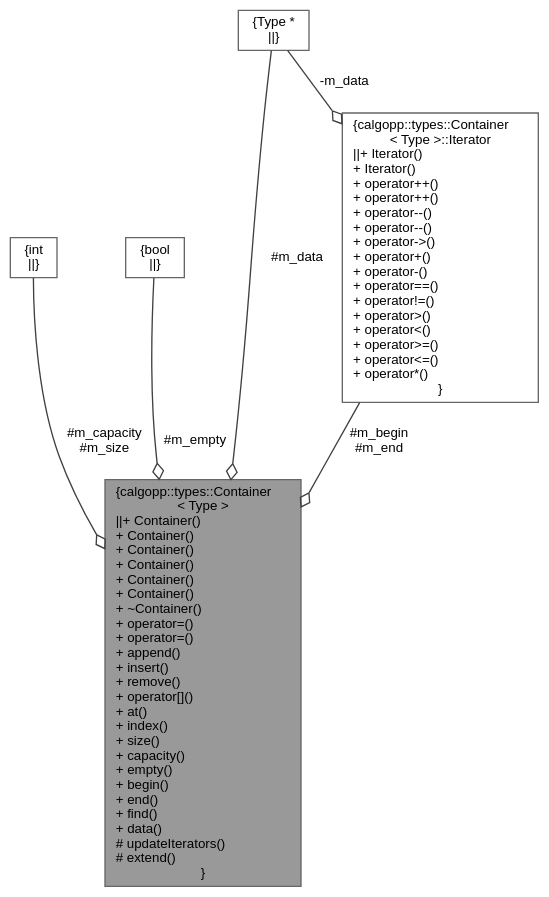
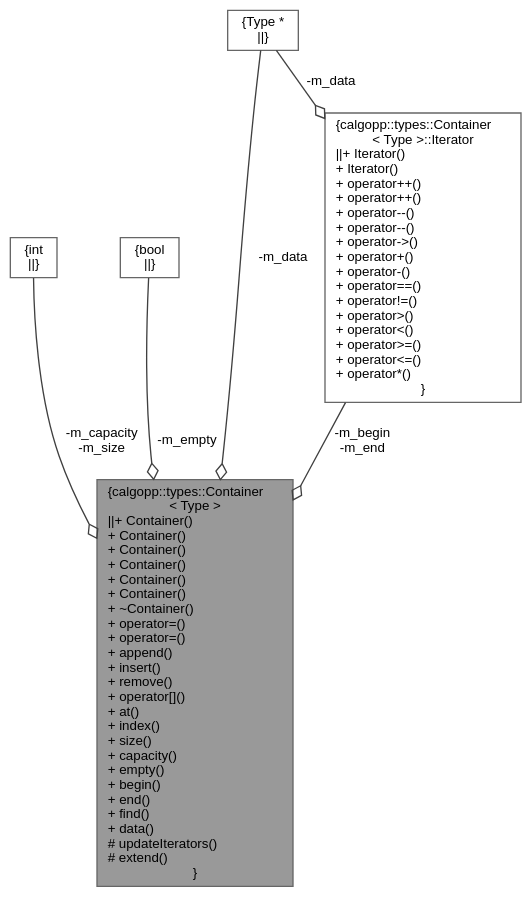
Before and after one commit to pawelekg95/algopp: the diagram in classcalgopp_1_1types_1_1Container__coll__graph.dot, drawn with Graphviz. The commit also changed 28 other files, not shown here.

```diff
--- a/classcalgopp_1_1types_1_1Container__coll__graph.dot
+++ b/classcalgopp_1_1types_1_1Container__coll__graph.dot
@@ -1,17 +1,17 @@
 digraph "calgopp::types::Container&lt; Type &gt;"
 {
  // LATEX_PDF_SIZE
   bgcolor="transparent";
   edge [fontname=Helvetica,fontsize=10,labelfontname=Helvetica,labelfontsize=10];
   node [fontname=Helvetica,fontsize=10,shape=box,height=0.2,width=0.4];
   Node1 [label="{calgopp::types::Container\l\< Type \>\n||+ Container()\l+ Container()\l+ Container()\l+ Container()\l+ Container()\l+ Container()\l+ ~Container()\l+ operator=()\l+ operator=()\l+ append()\l+ insert()\l+ remove()\l+ operator[]()\l+ at()\l+ index()\l+ size()\l+ capacity()\l+ empty()\l+ begin()\l+ end()\l+ find()\l+ data()\l# updateIterators()\l# extend()\l}",height=0.2,width=0.4,color="gray40", fillcolor="grey60", style="filled", fontcolor="black",tooltip=" "];
-  Node2 -> Node1 [color="grey25",style="solid",label=" #m_capacity\n#m_size" ,arrowhead="odiamond"];
+  Node2 -> Node1 [color="grey25",style="solid",label=" -m_capacity\n-m_size" ,arrowhead="odiamond"];
   Node2 [label="{int\n||}",height=0.2,width=0.4,color="gray40", fillcolor="white", style="filled",tooltip=" "];
-  Node3 -> Node1 [color="grey25",style="solid",label=" #m_empty" ,arrowhead="odiamond"];
+  Node3 -> Node1 [color="grey25",style="solid",label=" -m_empty" ,arrowhead="odiamond"];
   Node3 [label="{bool\n||}",height=0.2,width=0.4,color="gray40", fillcolor="white", style="filled",URL="$classbool.html",tooltip=" "];
-  Node4 -> Node1 [color="grey25",style="solid",label=" #m_data" ,arrowhead="odiamond"];
+  Node4 -> Node1 [color="grey25",style="solid",label=" -m_data" ,arrowhead="odiamond"];
   Node4 [label="{Type *\n||}",height=0.2,width=0.4,color="gray40", fillcolor="white", style="filled",tooltip=" "];
-  Node5 -> Node1 [color="grey25",style="solid",label=" #m_begin\n#m_end" ,arrowhead="odiamond"];
+  Node5 -> Node1 [color="grey25",style="solid",label=" -m_begin\n-m_end" ,arrowhead="odiamond"];
   Node5 [label="{calgopp::types::Container\l\< Type \>::Iterator\n||+ Iterator()\l+ Iterator()\l+ operator++()\l+ operator++()\l+ operator--()\l+ operator--()\l+ operator-\>()\l+ operator+()\l+ operator-()\l+ operator==()\l+ operator!=()\l+ operator\>()\l+ operator\<()\l+ operator\>=()\l+ operator\<=()\l+ operator*()\l}",height=0.2,width=0.4,color="gray40", fillcolor="white", style="filled",URL="$classcalgopp_1_1types_1_1Container_1_1Iterator.html",tooltip=" "];
   Node4 -> Node5 [color="grey25",style="solid",label=" -m_data" ,arrowhead="odiamond"];
 }
```
